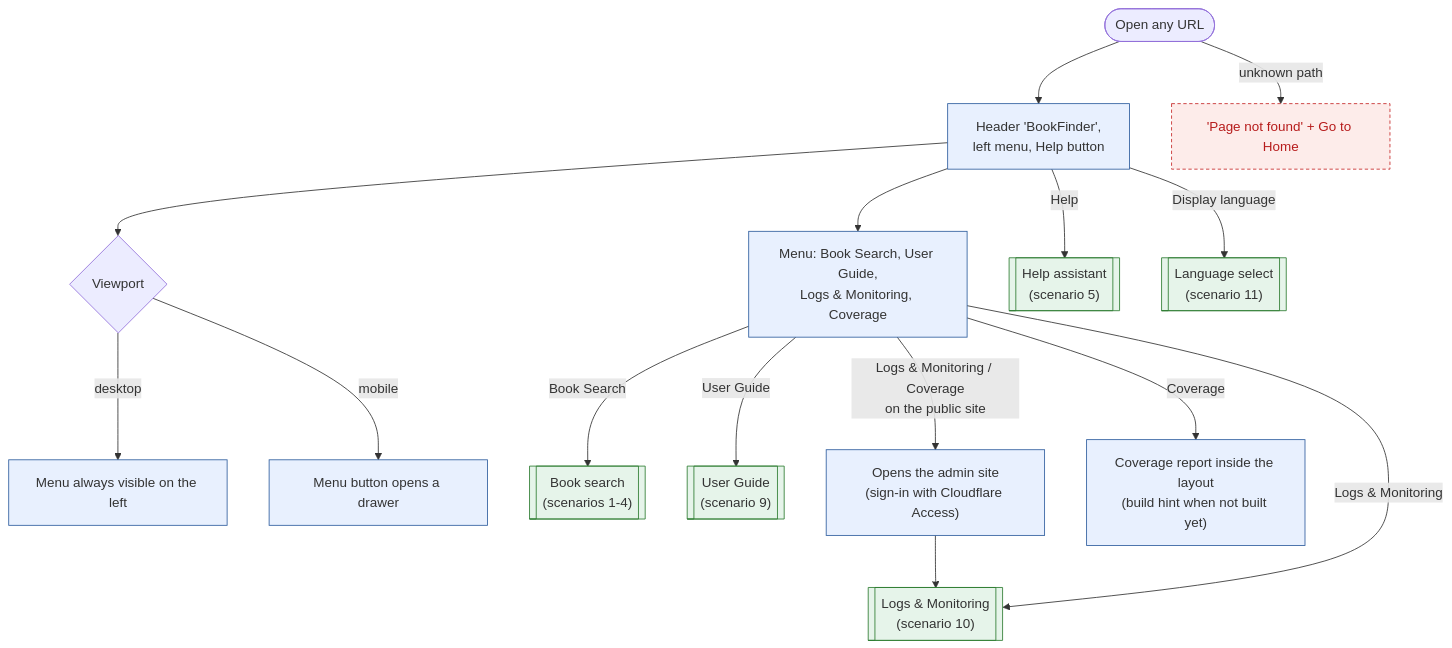
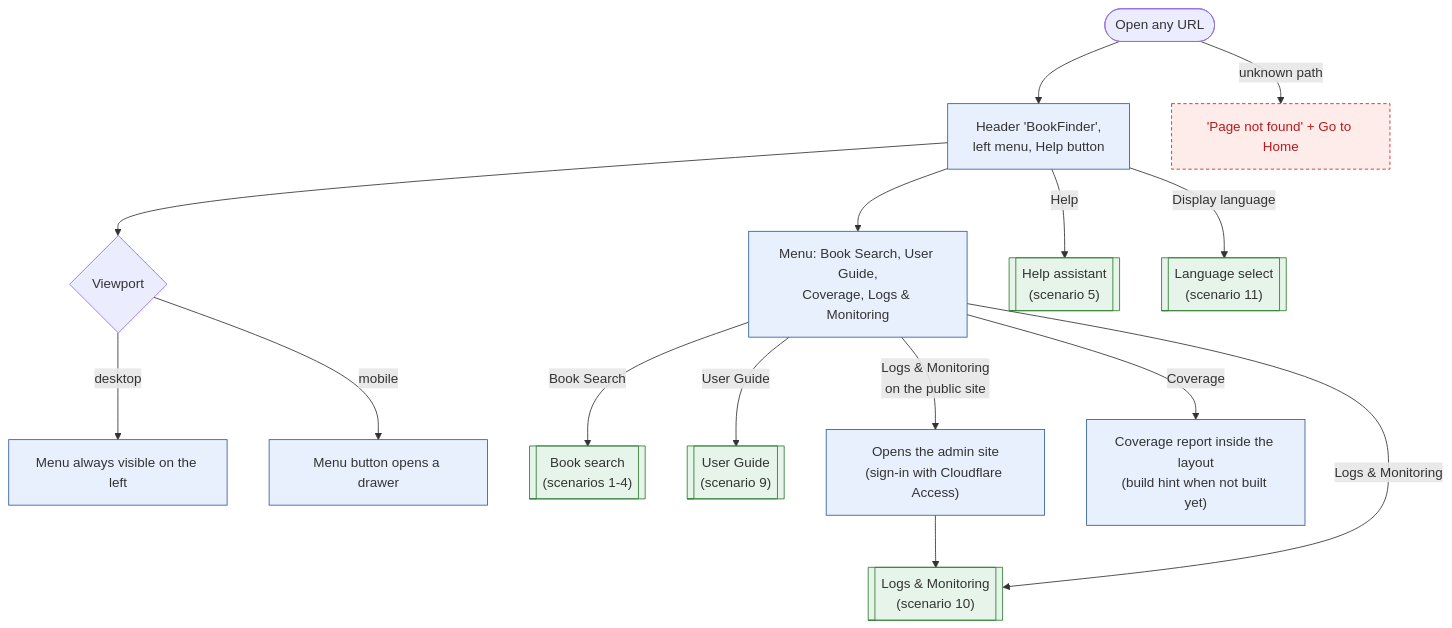
The diagram in ux-flows/08-app-shell.md (cd-jung/bookfinder), drawn with Mermaid before and after one commit. The commit also changed other lines of this file and 23 other files, not shown here.

First line of the commit message:
feat(app-shell): make Coverage public and list it third in the menu

````diff
--- a/ux-flows/08-app-shell.md
+++ b/ux-flows/08-app-shell.md
@@ -7,31 +7,31 @@
 ```mermaid
 flowchart TD
   open(["Open any URL"]) --> shell["Header 'BookFinder',<br/>left menu, Help button"]
   shell --> viewport{"Viewport"}
   viewport -->|"desktop"| permanent["Menu always visible on the left"]
   viewport -->|"mobile"| drawer["Menu button opens a drawer"]
-  shell --> menu["Menu: Book Search, User Guide,<br/>Logs & Monitoring, Coverage"]
+  shell --> menu["Menu: Book Search, User Guide,<br/>Coverage, Logs & Monitoring"]
   menu -->|"Book Search"| home[["Book search<br/>(scenarios 1-4)"]]
   menu -->|"User Guide"| guide[["User Guide<br/>(scenario 9)"]]
-  menu -->|"Logs & Monitoring / Coverage<br/>on the public site"| adminLink["Opens the admin site<br/>(sign-in with Cloudflare Access)"]
+  menu -->|"Logs & Monitoring<br/>on the public site"| adminLink["Opens the admin site<br/>(sign-in with Cloudflare Access)"]
   adminLink --> logs
   menu -->|"Logs & Monitoring"| logs[["Logs & Monitoring<br/>(scenario 10)"]]
   menu -->|"Coverage"| coverage["Coverage report inside the layout<br/>(build hint when not built yet)"]
   shell -->|"Help"| help[["Help assistant<br/>(scenario 5)"]]
   shell -->|"Display language"| languages[["Language select<br/>(scenario 11)"]]
   open -->|"unknown path"| notFound["'Page not found' + Go to Home"]
 
   classDef screen fill:#e8f0fe,stroke:#2f5d9e
   classDef hidden fill:#fdecea,stroke:#c62828,stroke-dasharray:4 3,color:#b71c1c
   classDef link fill:#e6f4ea,stroke:#2e7d32
   class shell,permanent,drawer,menu,coverage,adminLink screen
   class notFound hidden
   class home,guide,logs,help,languages link
 
   %% link home 01-page-load-layout.md
   %% link guide 09-user-guide.md
   %% link logs 10-logs-monitoring.md
   %% link help 05-help-conversation.md
   %% link languages 11-languages.md
   %% guide 01-getting-started.md
 ```
````
